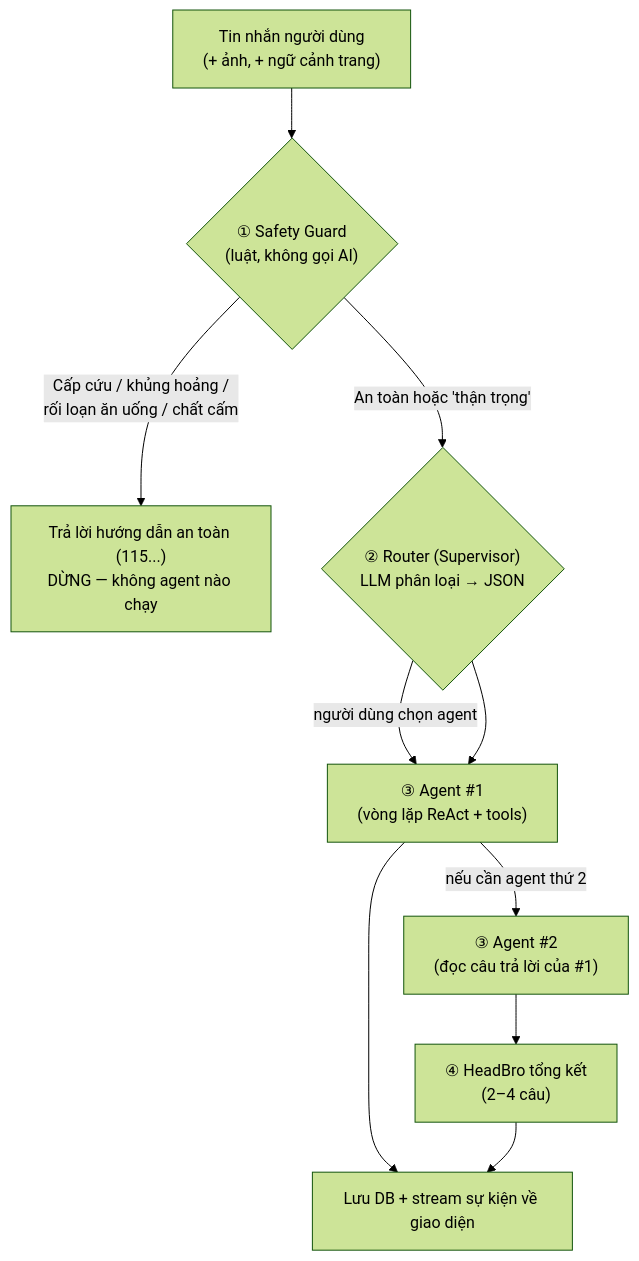
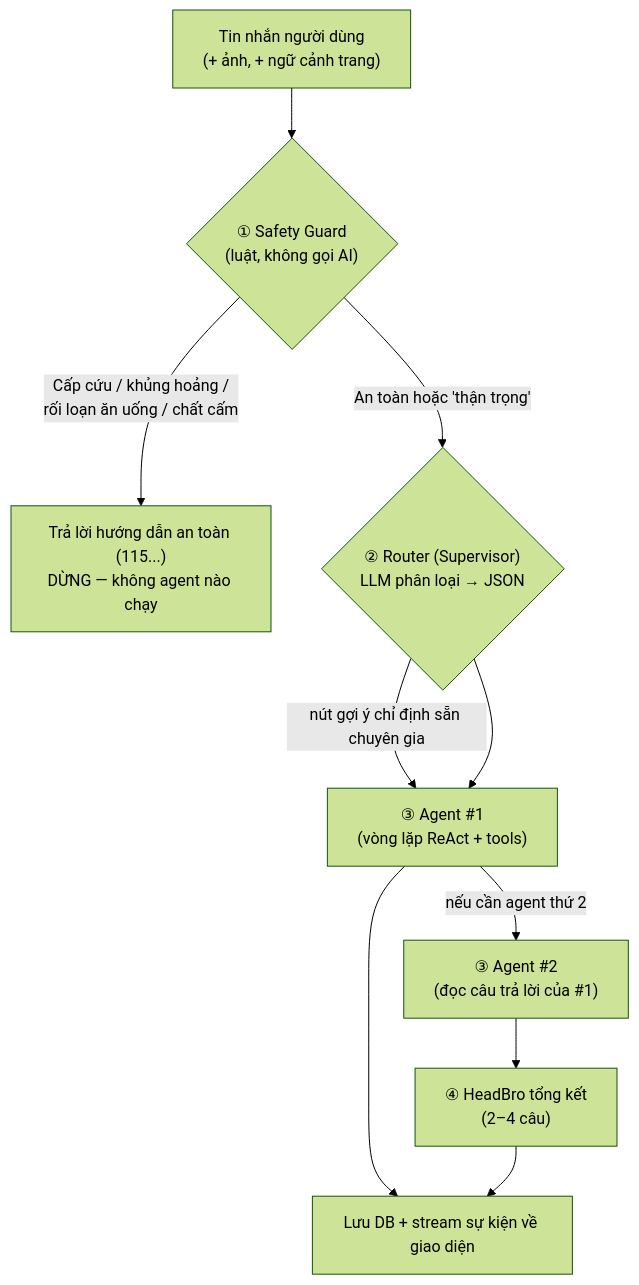
Before and after one commit to ico-231/ai-fitness-pal-team: the second of 4 diagrams in HUONG_DAN_HE_THONG.md, drawn with Mermaid (forest theme). The commit also changed other lines of this file and 7 other files, not shown here.

````diff
--- a/HUONG_DAN_HE_THONG.md
+++ b/HUONG_DAN_HE_THONG.md
@@ -142,12 +143,12 @@
 ```mermaid
 flowchart TD
     M["Tin nhắn người dùng<br/>(+ ảnh, + ngữ cảnh trang)"] --> G{"① Safety Guard<br/>(luật, không gọi AI)"}
     G -- "Cấp cứu / khủng hoảng /<br/>rối loạn ăn uống / chất cấm" --> SAFE["Trả lời hướng dẫn an toàn (115...)<br/>DỪNG — không agent nào chạy"]
     G -- "An toàn hoặc 'thận trọng'" --> RT{"② Router (Supervisor)<br/>LLM phân loại → JSON"}
-    RT -- "người dùng chọn agent" --> A1
+    RT -- "nút gợi ý chỉ định sẵn chuyên gia" --> A1
     RT --> A1["③ Agent #1<br/>(vòng lặp ReAct + tools)"]
     A1 -- "nếu cần agent thứ 2" --> A2["③ Agent #2<br/>(đọc câu trả lời của #1)"]
     A2 --> SY["④ HeadBro tổng kết<br/>(2–4 câu)"]
     A1 --> OUT
     SY --> OUT["Lưu DB + stream sự kiện về giao diện"]
 ```
````
